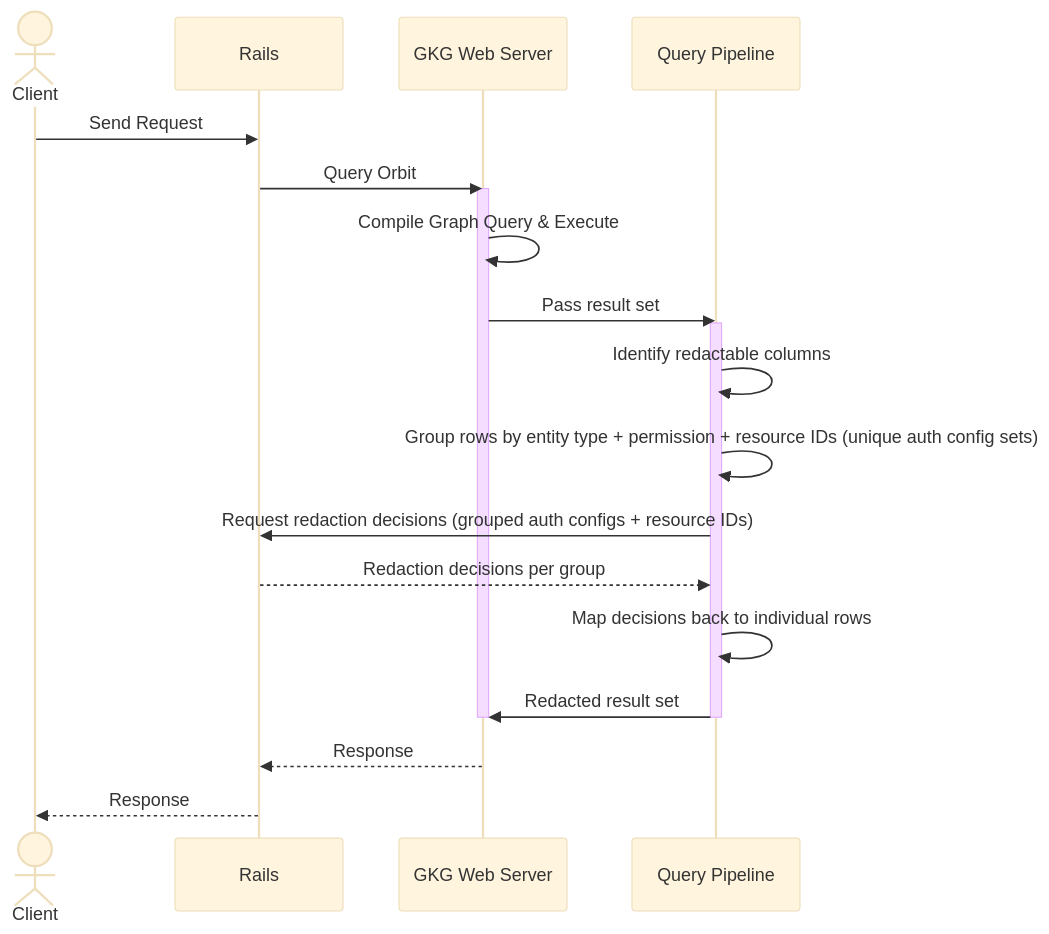
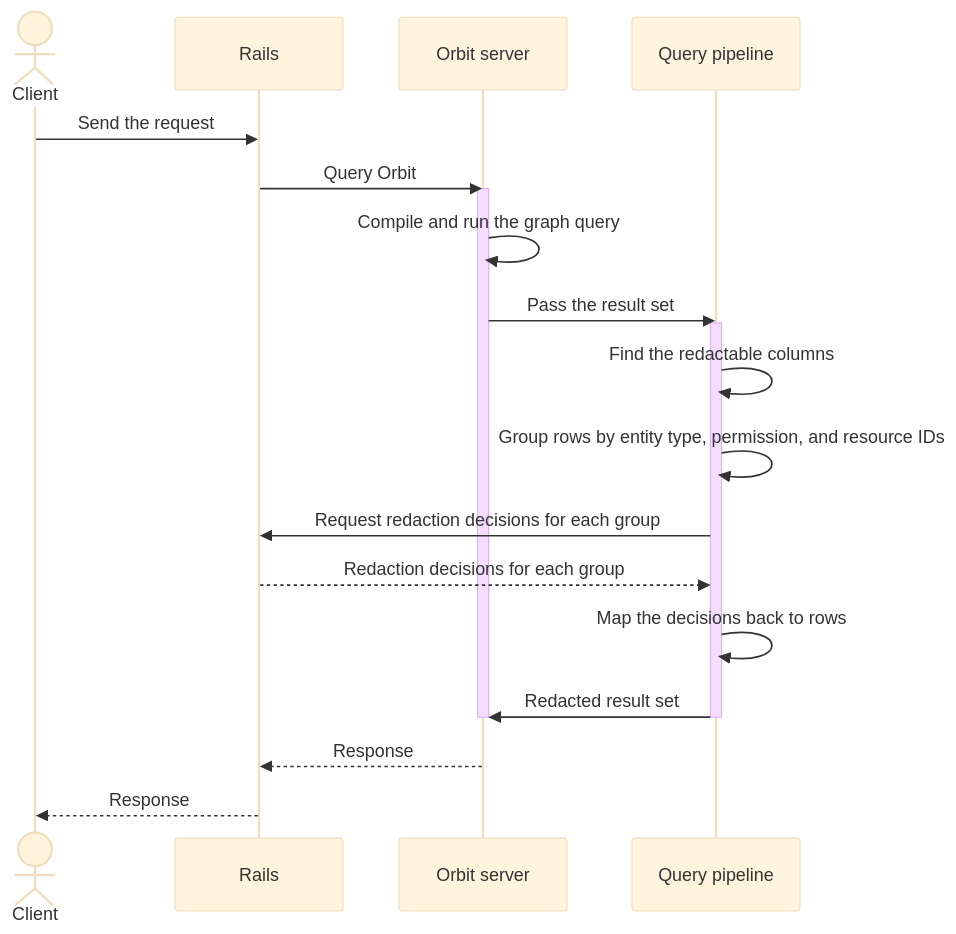
Before and after one commit to gitlabhq/orbit-knowledge-graph: the diagram in docs/pages/engineering/adr/001_grpc_communication.md, drawn with Mermaid (base theme). The commit also changed other lines of this file and 21 other files, not shown here.

````diff
--- a/docs/pages/engineering/adr/001_grpc_communication.md
+++ b/docs/pages/engineering/adr/001_grpc_communication.md
@@ -55,29 +55,25 @@
 ```mermaid
 sequenceDiagram
+    accTitle: Redaction exchange in the query stream
+    accDescr: Rails sends a query to the Orbit server. The query pipeline runs it, groups the rows by entity type and permission, and asks Rails for redaction decisions on the same stream. It applies the decisions to each row and returns the redacted result through Rails to the client.
     actor Client
     participant Rails
-    participant WebServer as GKG Web Server
-    participant AuthEngine as Query Pipeline
-
-    Client->>Rails: Send Request
-    Rails->>WebServer: Query Orbit
-
-    activate WebServer
-    WebServer->>WebServer: Compile Graph Query & Execute
-    WebServer->>AuthEngine: Pass result set
-    activate AuthEngine
-
-    AuthEngine->>AuthEngine: Identify redactable columns
-    AuthEngine->>AuthEngine: Group rows by entity type + permission + resource IDs (unique auth config sets)
-
-    AuthEngine->>Rails: Request redaction decisions (grouped auth configs + resource IDs)
-    Rails-->>AuthEngine: Redaction decisions per group
-
-    AuthEngine->>AuthEngine: Map decisions back to individual rows
-    AuthEngine->>WebServer: Redacted result set
-    deactivate AuthEngine
-    deactivate WebServer
-
-    WebServer-->>Rails: Response
+    participant S as Orbit server
+    participant P as Query pipeline
+    Client->>Rails: Send the request
+    Rails->>S: Query Orbit
+    activate S
+    S->>S: Compile and run the graph query
+    S->>P: Pass the result set
+    activate P
+    P->>P: Find the redactable columns
+    P->>P: Group rows by entity type, permission, and resource IDs
+    P->>Rails: Request redaction decisions for each group
+    Rails-->>P: Redaction decisions for each group
+    P->>P: Map the decisions back to rows
+    P->>S: Redacted result set
+    deactivate P
+    deactivate S
+    S-->>Rails: Response
     Rails-->>Client: Response
 ```
````
